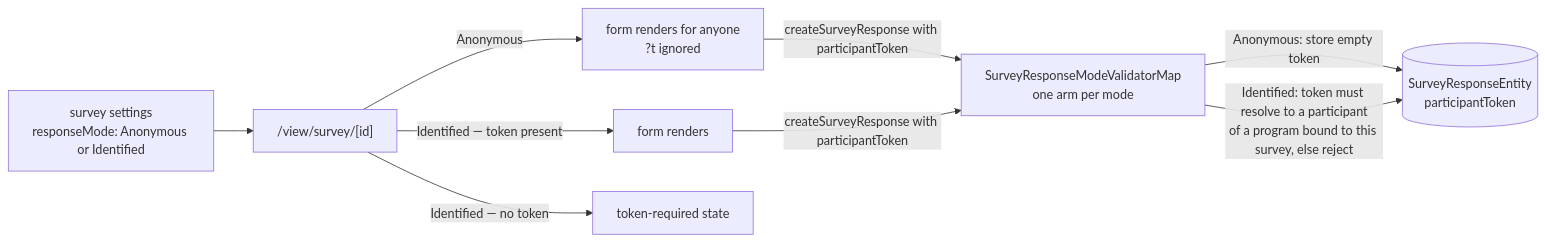
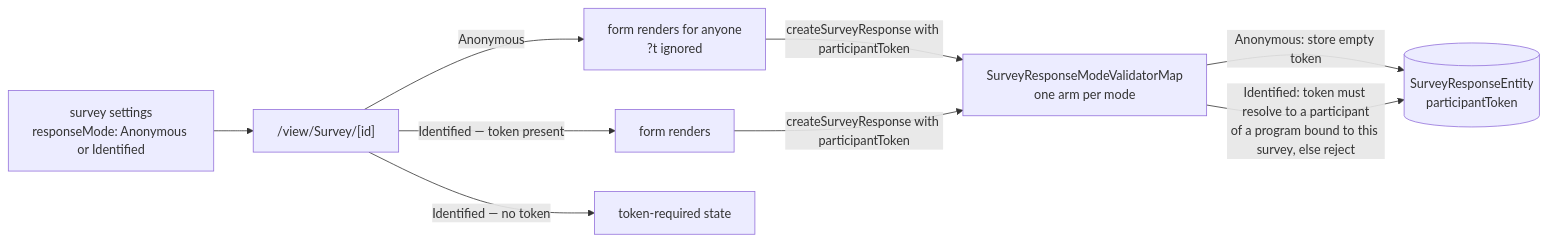
The diagram in packages/app/content/docs/platform/survey-response-modes.md (Esposter/Esposter), drawn with Mermaid before and after one commit. The commit also changed 17 other files, not shown here.

````diff
--- a/packages/app/content/docs/platform/survey-response-modes.md
+++ b/packages/app/content/docs/platform/survey-response-modes.md
@@ -14,10 +14,10 @@
 ```mermaid
 flowchart LR
-  SET["survey settings<br/>responseMode: Anonymous or Identified"] --> VIEW["/view/survey/[id]"]
+  SET["survey settings<br/>responseMode: Anonymous or Identified"] --> VIEW["/view/Survey/[id]"]
   VIEW -->|Anonymous| OPEN["form renders for anyone<br/>?t ignored"]
   VIEW -->|"Identified — token present"| FORM["form renders"]
   VIEW -->|"Identified — no token"| GATE["token-required state"]
   OPEN & FORM -->|"createSurveyResponse with participantToken"| VALIDATE["SurveyResponseModeValidatorMap<br/>one arm per mode"]
   VALIDATE -->|"Anonymous: store empty token"| AT[("SurveyResponseEntity<br/>participantToken")]
   VALIDATE -->|"Identified: token must resolve to a participant<br/>of a program bound to this survey, else reject"| AT
 ```
````
